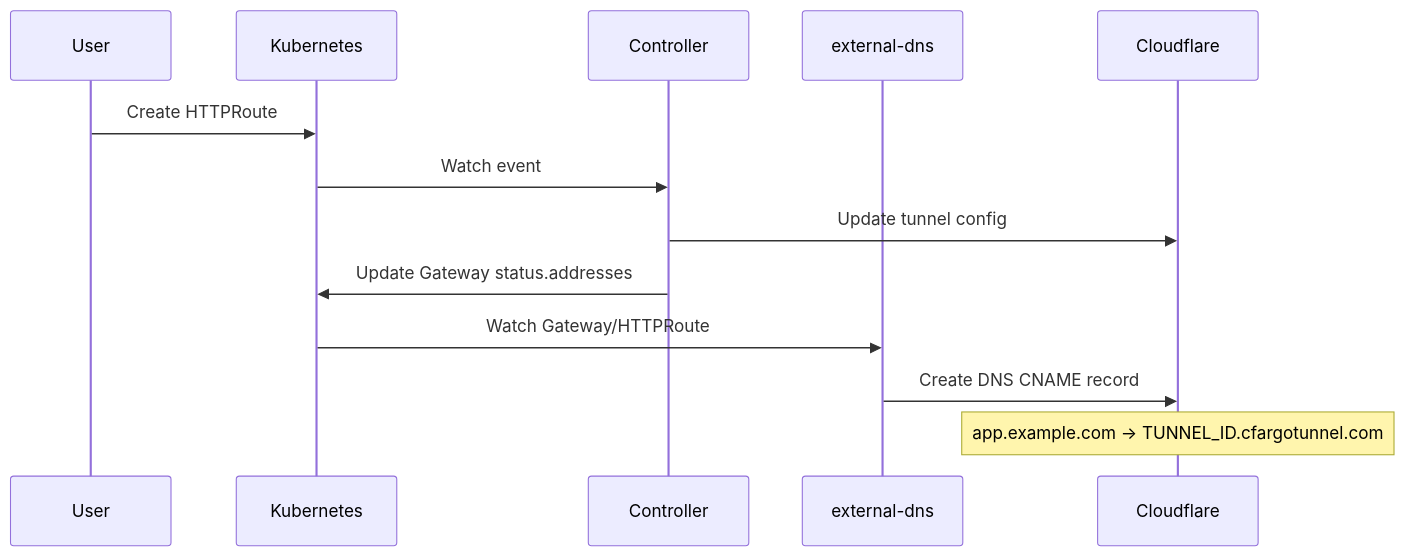
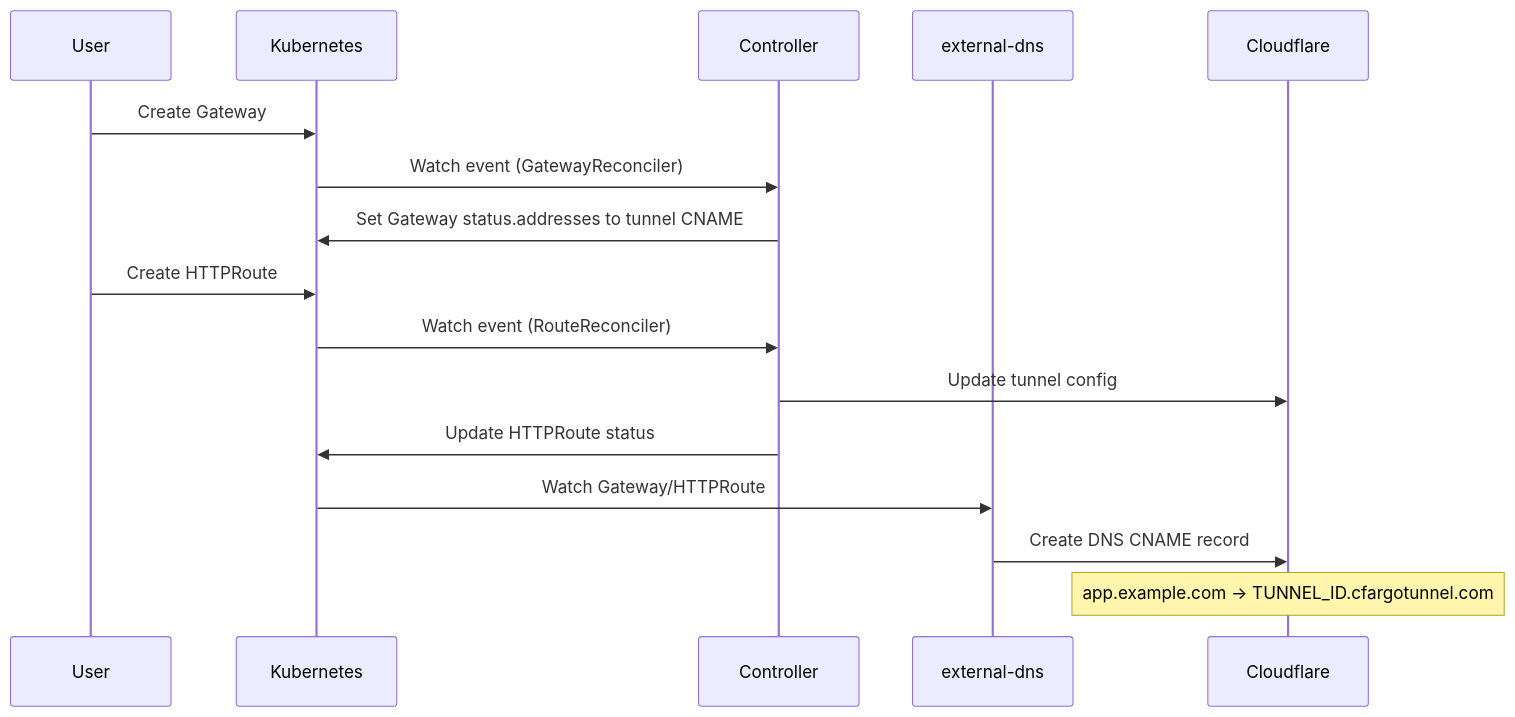
One commit to lexfrei/cloudflare-tunnel-gateway-controller changed the diagram in docs/guides/external-dns.md. Above: the diagram before and after it, drawn with Mermaid. The commit also changed other lines of this file and 35 other files, not shown here.

````diff
--- a/docs/guides/external-dns.md
+++ b/docs/guides/external-dns.md
@@ -90,16 +90,19 @@
 ```mermaid
 sequenceDiagram
     participant User
     participant K8s as Kubernetes
     participant Ctrl as Controller
     participant ExtDNS as external-dns
     participant CF as Cloudflare
 
+    User->>K8s: Create Gateway
+    K8s->>Ctrl: Watch event (GatewayReconciler)
+    Ctrl->>K8s: Set Gateway status.addresses to tunnel CNAME
     User->>K8s: Create HTTPRoute
-    K8s->>Ctrl: Watch event
+    K8s->>Ctrl: Watch event (RouteReconciler)
     Ctrl->>CF: Update tunnel config
-    Ctrl->>K8s: Update Gateway status.addresses
+    Ctrl->>K8s: Update HTTPRoute status
     K8s->>ExtDNS: Watch Gateway/HTTPRoute
     ExtDNS->>CF: Create DNS CNAME record
     Note over CF: app.example.com → TUNNEL_ID.cfargotunnel.com
 ```
````
